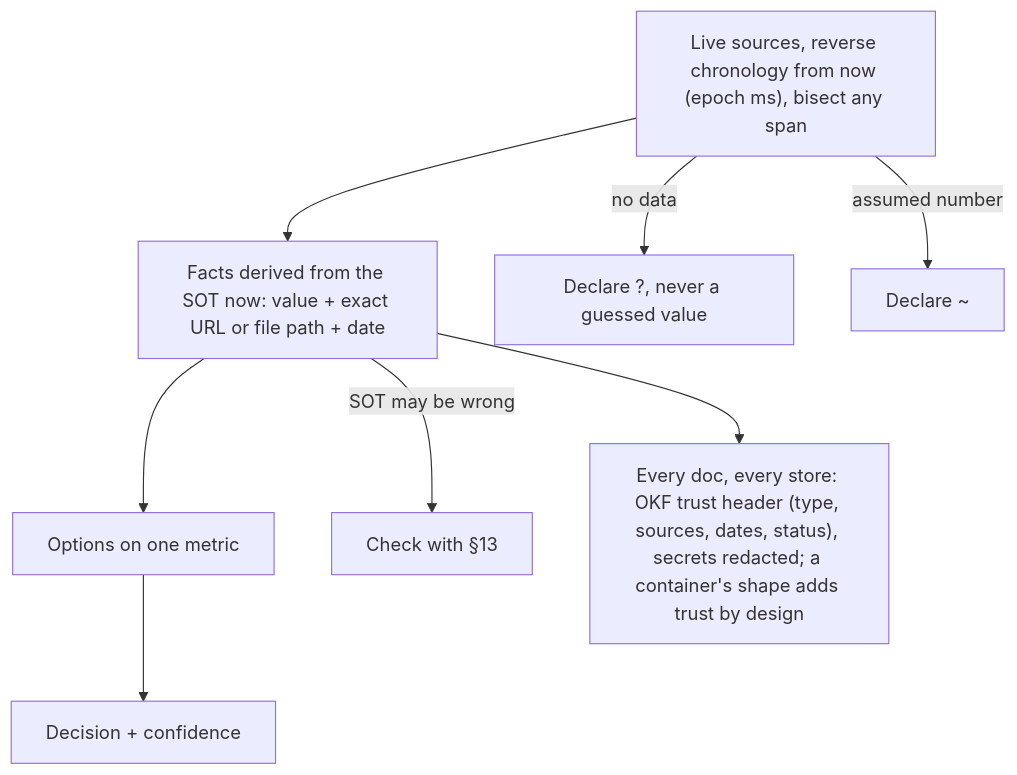
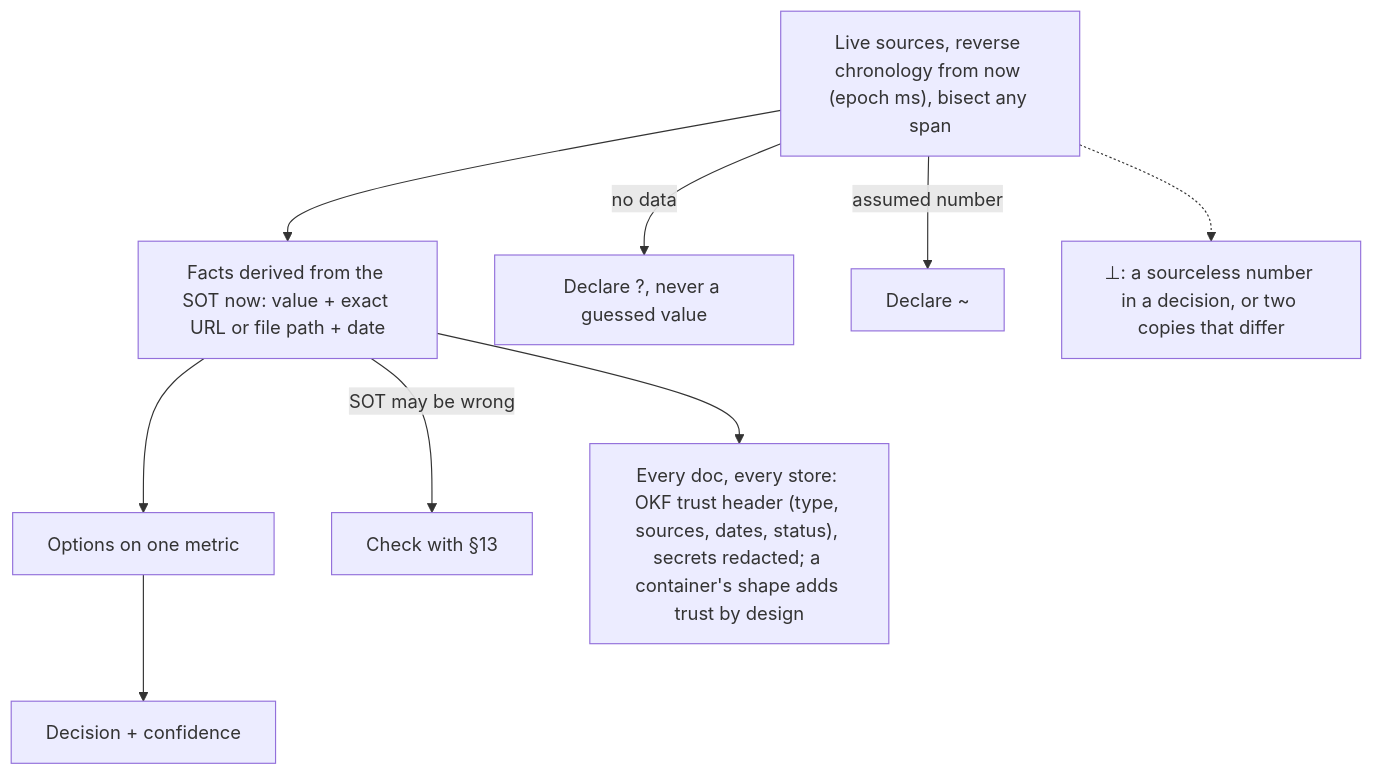
One commit to SolenixAI/arbiter changed the sixth of 14 diagrams in AGENTS.md. Above: the diagram before and after it, drawn with Mermaid. The commit also changed other lines of this file, not shown here.

````diff
--- a/AGENTS.md
+++ b/AGENTS.md
@@ -285,9 +303,10 @@
 ```mermaid
 flowchart TD
   D["Live sources, reverse chronology from now (epoch ms), bisect any span"] --> E[Facts derived from the SOT now: value + exact URL or file path + date]
   E --> O[Options on one metric] --> C[Decision + confidence]
   D -->|no data| U["Declare ?, never a guessed value"]
   D -->|assumed number| U2["Declare ~"]
   E -->|SOT may be wrong| S13[Check with §13]
   E --> K["Every doc, every store: OKF trust header (type, sources, dates, status), secrets redacted; a container's shape adds trust by design"]
+  D -.-> BOT["⊥: a sourceless number in a decision, or two copies that differ"]
 ```
````
